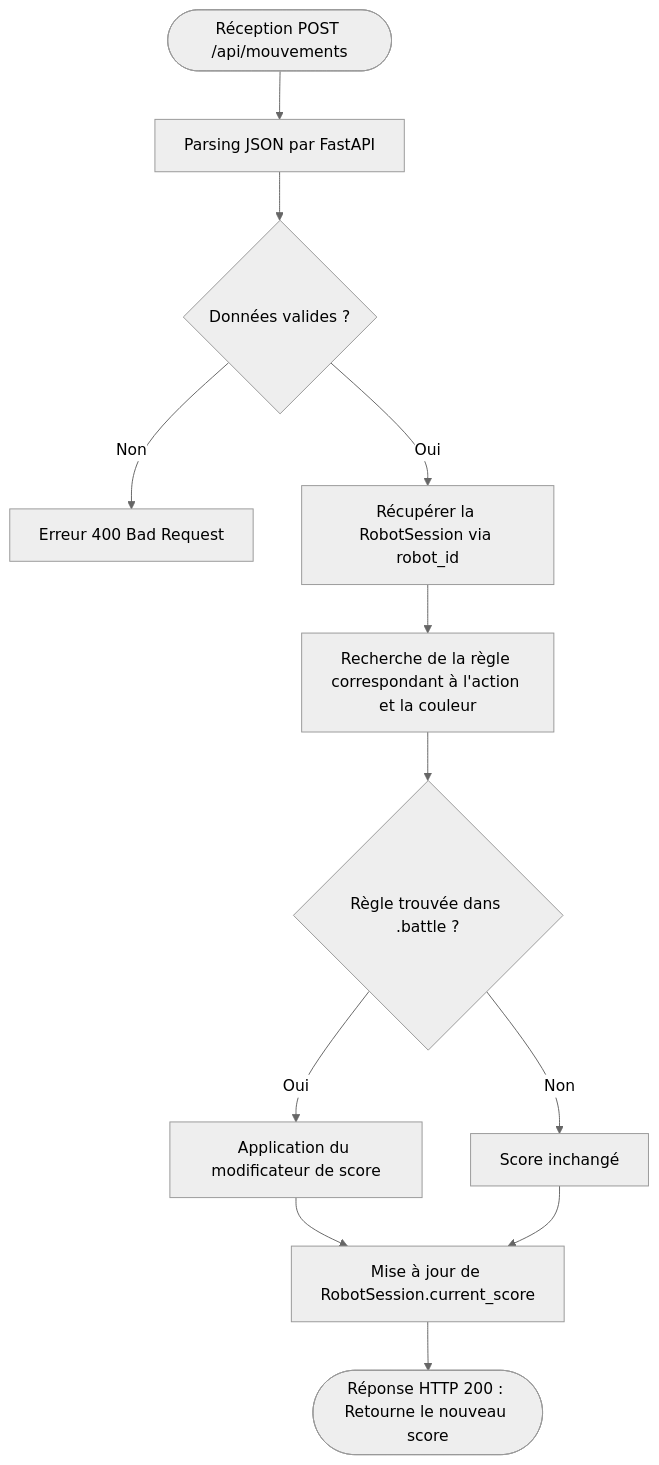
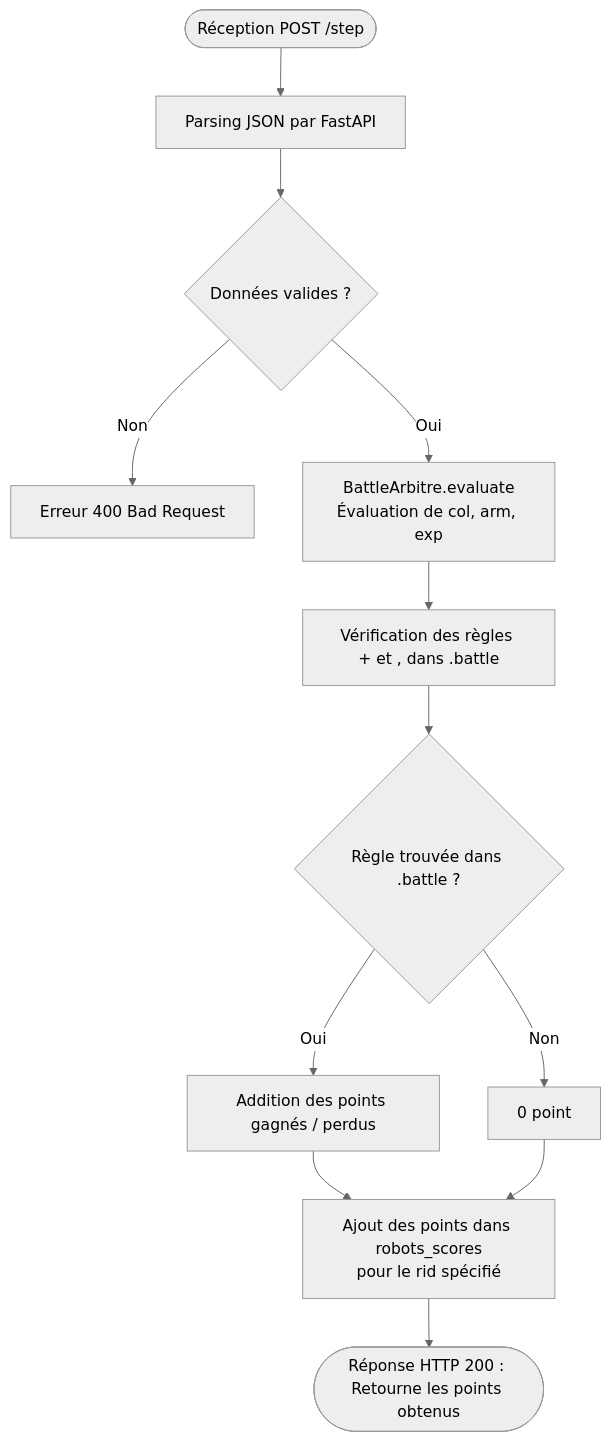
Before and after one commit to ryantsou/AKIMBOT_V2: the diagram in docs/ALGORIGRAMME_ARBITRE.md, drawn with Mermaid (neutral theme). The commit also changed other lines of this file and 1 other file, not shown here.

Commit message:
docs: mise à jour

````diff
--- a/docs/ALGORIGRAMME_ARBITRE.md
+++ b/docs/ALGORIGRAMME_ARBITRE.md
@@ -7,20 +7,20 @@
 ```mermaid
 graph TD
-    Start([Réception POST /api/mouvements]) --> Parse[Parsing JSON par FastAPI]
+    Start([Réception POST /step]) --> Parse[Parsing JSON par FastAPI]
     Parse --> Valid{Données valides ?}
     
     Valid -- Non --> Err[Erreur 400 Bad Request]
     
-    Valid -- Oui --> GetSession[Récupérer la RobotSession via robot_id]
-    GetSession --> Rule[Recherche de la règle correspondant à l'action et la couleur]
+    Valid -- Oui --> Evaluate[BattleArbitre.evaluate\nÉvaluation de col, arm, exp]
+    Evaluate --> Rule[Vérification des règles + et , dans .battle]
     
     Rule --> Match{Règle trouvée dans .battle ?}
     
-    Match -- Oui --> Calc[Application du modificateur de score]
-    Match -- Non --> Skip[Score inchangé]
+    Match -- Oui --> Calc[Addition des points gagnés / perdus]
+    Match -- Non --> Skip[0 point]
     
-    Calc --> Update[Mise à jour de RobotSession.current_score]
+    Calc --> Update[Ajout des points dans robots_scores\npour le rid spécifié]
     Skip --> Update
     
-    Update --> End([Réponse HTTP 200 : Retourne le nouveau score])
+    Update --> End([Réponse HTTP 200 : Retourne les points obtenus])
 ```
````
